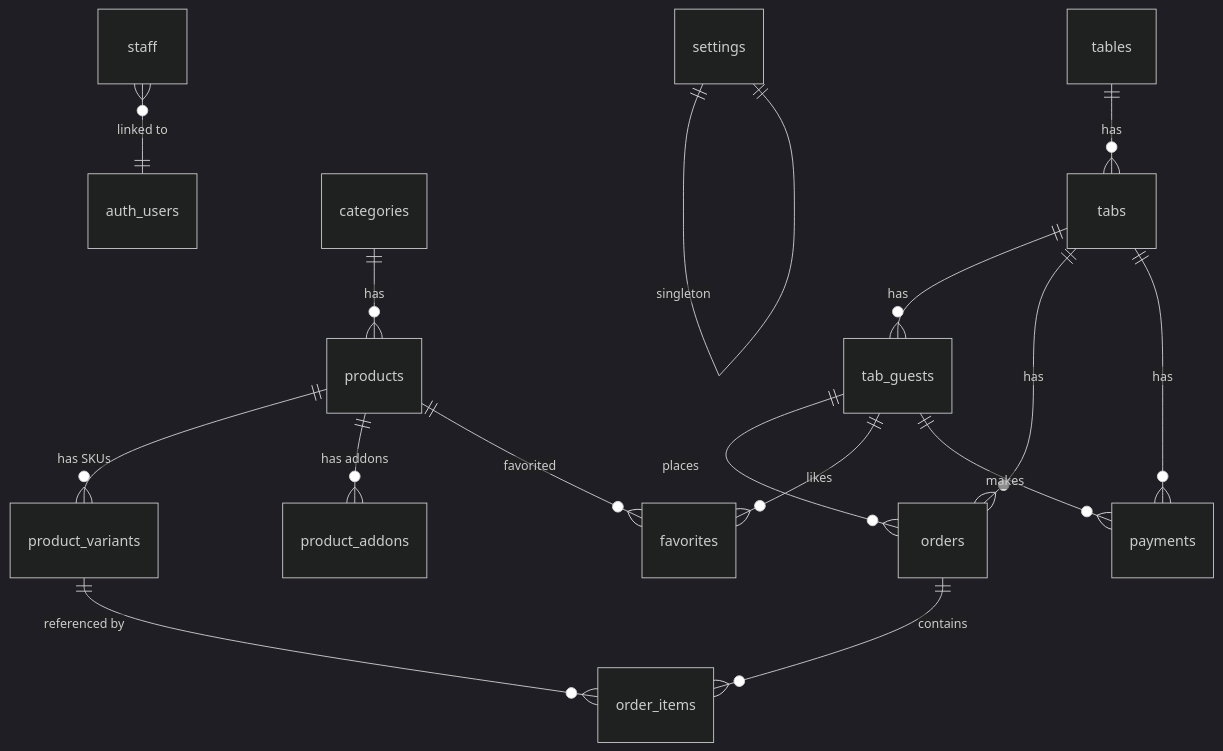
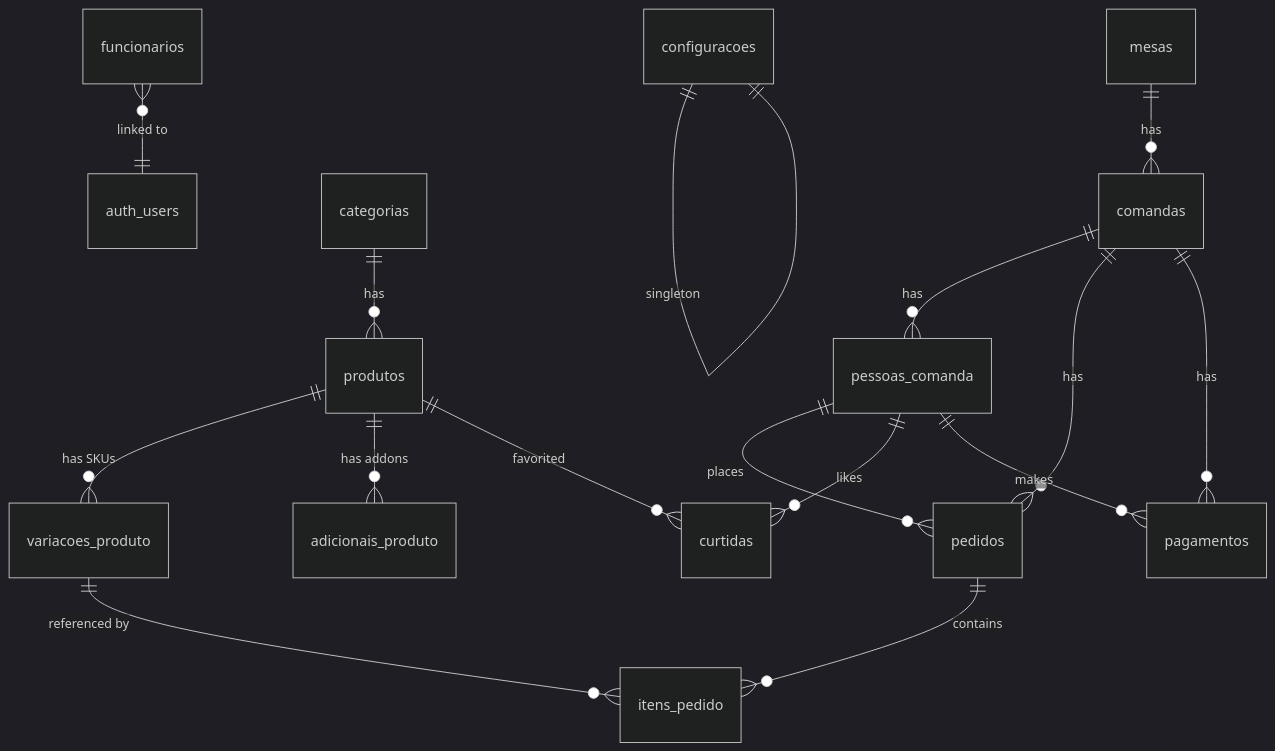
Before and after one commit to Alan-silva01/cardapio-digital: the diagram in docs/01-BANCO-DE-DADOS.md, drawn with Mermaid (dark theme). The commit also changed other lines of this file and 8 other files, not shown here.

````diff
--- a/docs/01-BANCO-DE-DADOS.md
+++ b/docs/01-BANCO-DE-DADOS.md
@@ -21,18 +21,18 @@
 ```mermaid
 erDiagram
-    settings ||--|| settings : "singleton"
-    staff }o--|| auth_users : "linked to"
-    categories ||--o{ products : has
-    products ||--o{ product_variants : "has SKUs"
-    products ||--o{ product_addons : "has addons"
-    product_variants ||--o{ order_items : "referenced by"
-    products ||--o{ favorites : "favorited"
-    tables ||--o{ tabs : has
-    tabs ||--o{ tab_guests : has
-    tabs ||--o{ orders : has
-    tabs ||--o{ payments : has
-    tab_guests ||--o{ orders : places
-    tab_guests ||--o{ favorites : likes
-    orders ||--o{ order_items : contains
-    tab_guests ||--o{ payments : makes
+    configuracoes ||--|| configuracoes : "singleton"
+    funcionarios }o--|| auth_users : "linked to"
+    categorias ||--o{ produtos : has
+    produtos ||--o{ variacoes_produto : "has SKUs"
+    produtos ||--o{ adicionais_produto : "has addons"
+    variacoes_produto ||--o{ itens_pedido : "referenced by"
+    produtos ||--o{ curtidas : "favorited"
+    mesas ||--o{ comandas : has
+    comandas ||--o{ pessoas_comanda : has
+    comandas ||--o{ pedidos : has
+    comandas ||--o{ pagamentos : has
+    pessoas_comanda ||--o{ pedidos : places
+    pessoas_comanda ||--o{ curtidas : likes
+    pedidos ||--o{ itens_pedido : contains
+    pessoas_comanda ||--o{ pagamentos : makes
 ```
````
